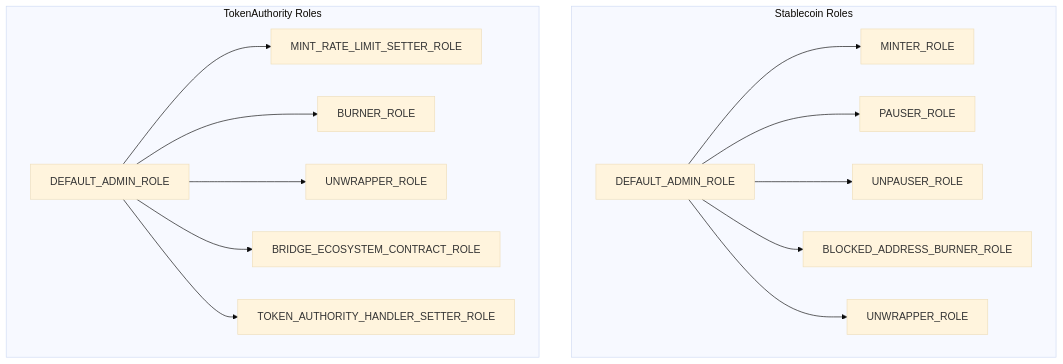
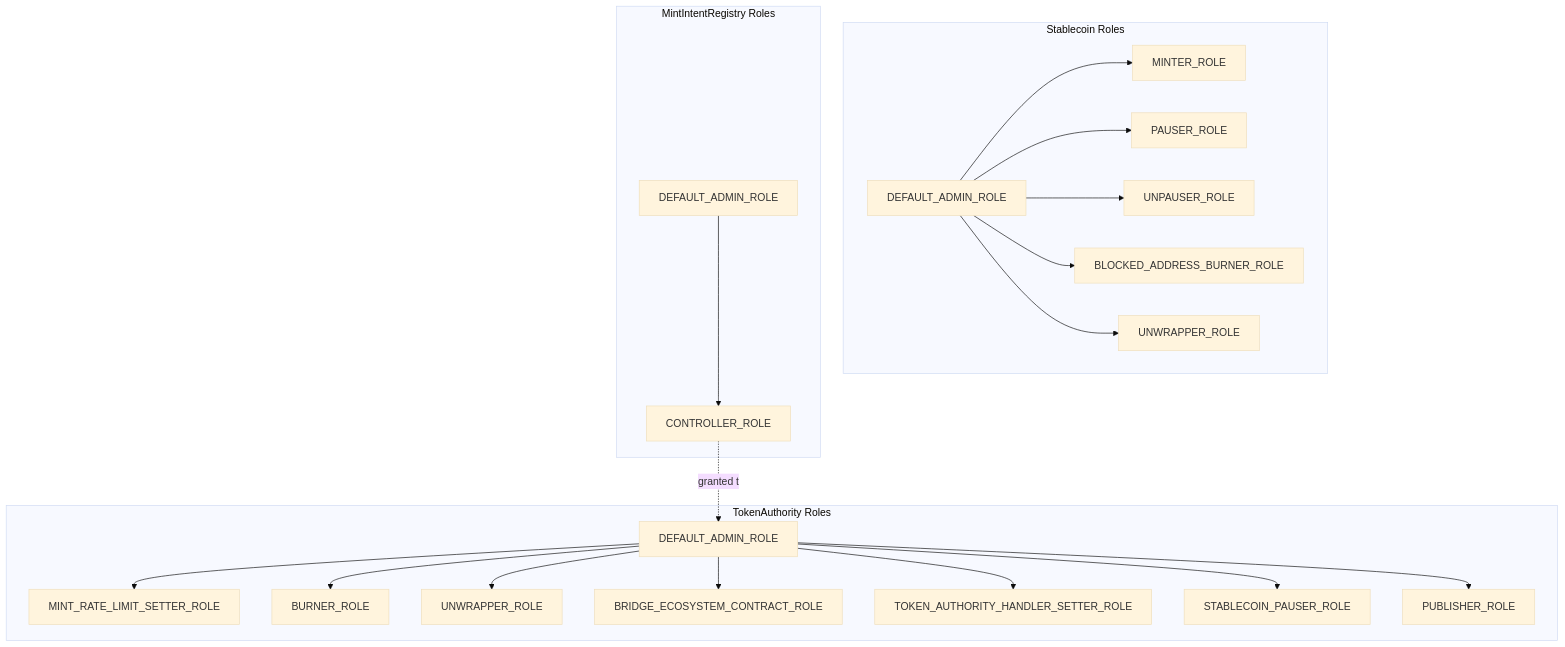
One commit to withbridge/erc20-stablecoin-template changed the first of 4 diagrams in docs/ACCESS_CONTROL.md. Above: the diagram before and after it, drawn with Mermaid (base theme). The commit also changed other lines of this file and 33 other files, not shown here.

````diff
--- a/docs/ACCESS_CONTROL.md
+++ b/docs/ACCESS_CONTROL.md
@@ -5,32 +5,44 @@
 ```mermaid
 graph TB
     subgraph "Stablecoin Roles"
         DA[DEFAULT_ADMIN_ROLE]
         M[MINTER_ROLE]
         P[PAUSER_ROLE]
         UP[UNPAUSER_ROLE]
         BAB[BLOCKED_ADDRESS_BURNER_ROLE]
         UW[UNWRAPPER_ROLE]
     end
 
     subgraph "TokenAuthority Roles"
         TA_DA[DEFAULT_ADMIN_ROLE]
         MRLS[MINT_RATE_LIMIT_SETTER_ROLE]
         B[BURNER_ROLE]
         TA_UW[UNWRAPPER_ROLE]
         BEC[BRIDGE_ECOSYSTEM_CONTRACT_ROLE]
         THS[TOKEN_AUTHORITY_HANDLER_SETTER_ROLE]
+        SP[STABLECOIN_PAUSER_ROLE]
+        PUB[PUBLISHER_ROLE]
+    end
+
+    subgraph "MintIntentRegistry Roles"
+        MIR_DA[DEFAULT_ADMIN_ROLE]
+        CR[CONTROLLER_ROLE]
     end
 
     DA --> M
     DA --> P
     DA --> UP
     DA --> BAB
     DA --> UW
 
     TA_DA --> MRLS
     TA_DA --> B
     TA_DA --> TA_UW
     TA_DA --> BEC
     TA_DA --> THS
+    TA_DA --> SP
+    TA_DA --> PUB
+
+    MIR_DA --> CR
+    CR -.granted to.-> TA_DA
 ```
````
